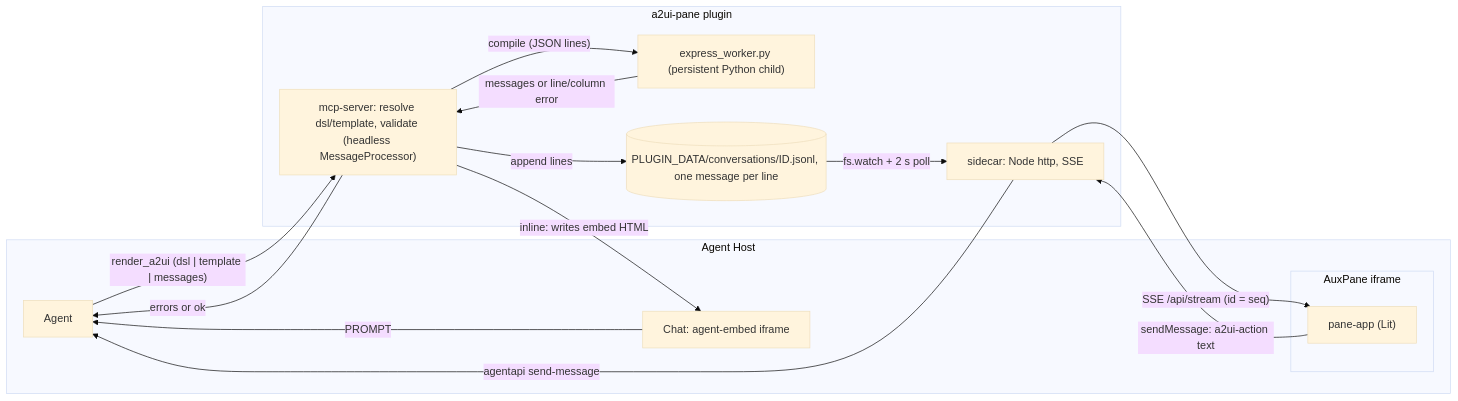
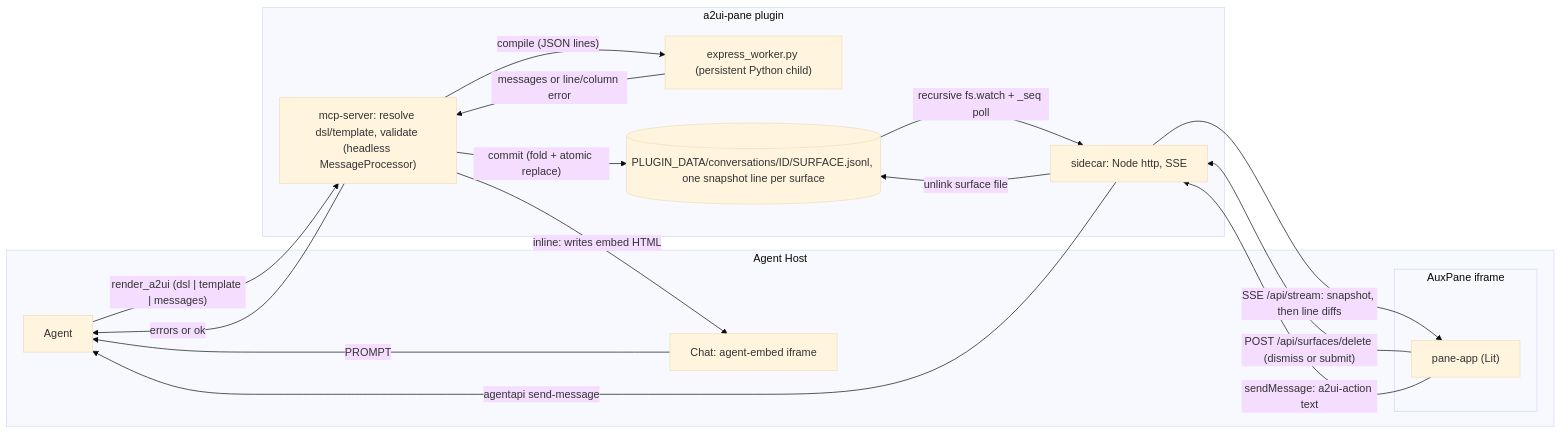
One commit to gspencergoog/a2ui-pane changed the first of 2 diagrams in docs/design.md. Above: the diagram before and after it, drawn with Mermaid (base theme). The commit also changed other lines of this file and 2 other files, not shown here.

First line of the commit message:
docs: describe the per-surface store and delete-on-dismiss lifecycle

````diff
--- a/docs/design.md
+++ b/docs/design.md
@@ -41,27 +41,29 @@
 ```mermaid
 flowchart LR
     subgraph Host["Agent Host"]
       Agent[Agent]
       Chat["Chat: agent-embed iframe"]
       subgraph Pane["AuxPane iframe"]
         App["pane-app (Lit)"]
       end
     end
     subgraph Repo["a2ui-pane plugin"]
       MCP["mcp-server: resolve dsl/template, validate (headless MessageProcessor)"]
       W["express_worker.py (persistent Python child)"]
-      Store[("PLUGIN_DATA/conversations/ID.jsonl, one message per line")]
+      Store[("PLUGIN_DATA/conversations/ID/SURFACE.jsonl, one snapshot line per surface")]
       Side["sidecar: Node http, SSE"]
     end
     Agent -->|"render_a2ui (dsl | template | messages)"| MCP
     MCP -->|"compile (JSON lines)"| W
     W -->|"messages or line/column error"| MCP
     MCP -->|"errors or ok"| Agent
-    MCP -->|"append lines"| Store
-    Store -->|"fs.watch + 2 s poll"| Side
-    Side -->|"SSE /api/stream (id = seq)"| App
+    MCP -->|"commit (fold + atomic replace)"| Store
+    Store -->|"recursive fs.watch + _seq poll"| Side
+    Side -->|"SSE /api/stream: snapshot, then line diffs"| App
+    App -->|"POST /api/surfaces/delete (dismiss or submit)"| Side
+    Side -->|"unlink surface file"| Store
     App -->|"sendMessage: a2ui-action text"| Side
     Side -->|"agentapi send-message"| Agent
     MCP -->|"inline: writes embed HTML"| Chat
     Chat -->|"PROMPT"| Agent
 ```
````
